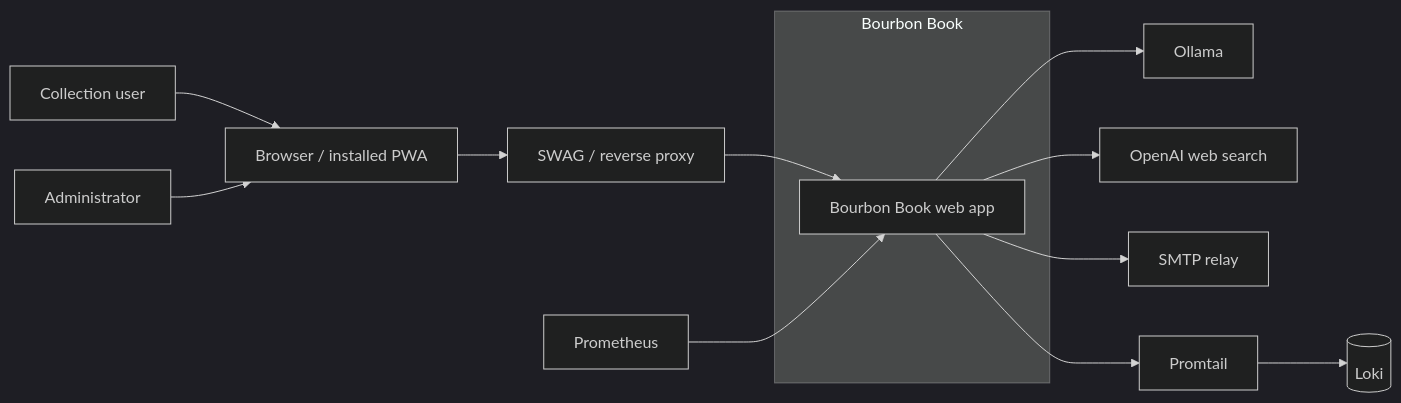
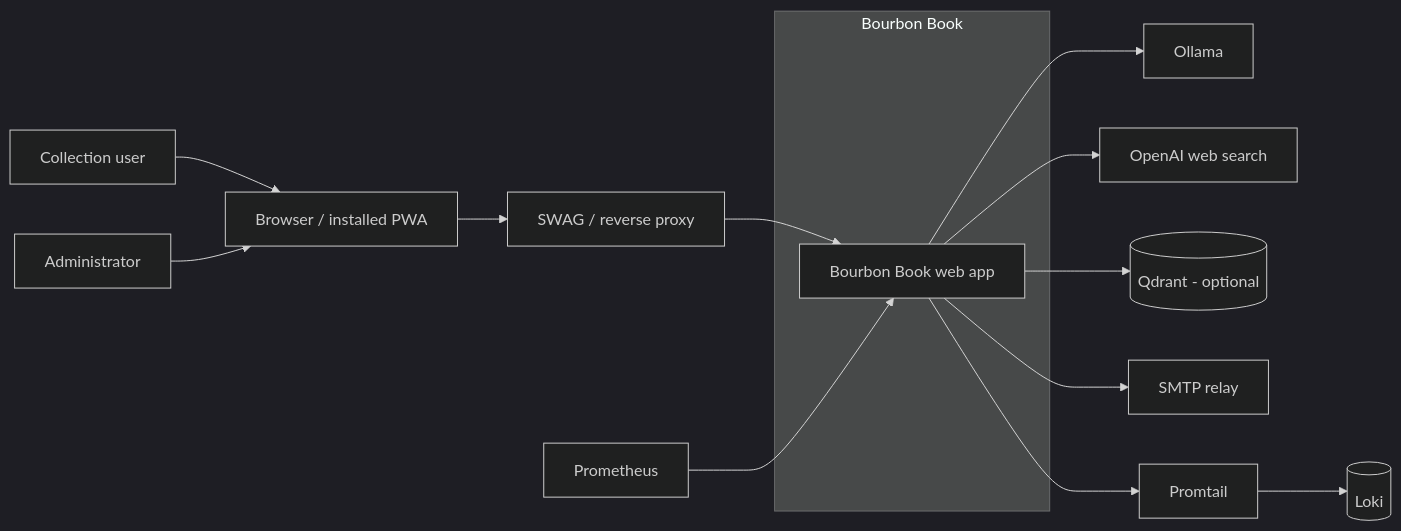
One commit to adhatcher-org/bourbonbook changed the diagram in docs/architecture/c1-system-context.md. Above: the diagram before and after it, drawn with Mermaid (dark theme). The commit also changed other lines of this file and 50 other files, not shown here.

````diff
--- a/docs/architecture/c1-system-context.md
+++ b/docs/architecture/c1-system-context.md
@@ -9,29 +13,31 @@
 ```mermaid
 flowchart LR
   user[Collection user]
   admin[Administrator]
   browser[Browser / installed PWA]
 
   subgraph bourbon["Bourbon Book"]
     app[Bourbon Book web app]
   end
 
   swag[SWAG / reverse proxy]
   ollama[Ollama]
   openai[OpenAI web search]
+  qdrant[(Qdrant - optional)]
   smtp[SMTP relay]
   prometheus[Prometheus]
   promtail[Promtail]
   loki[(Loki)]
 
   user --> browser
   admin --> browser
   browser --> swag --> app
 
   app --> ollama
   app --> openai
+  app --> qdrant
   app --> smtp
 
   prometheus --> app
   app --> promtail --> loki
 ```
````
